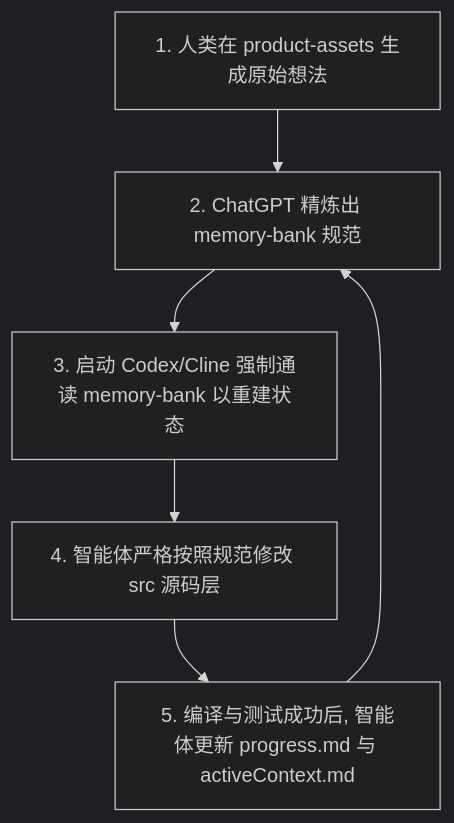
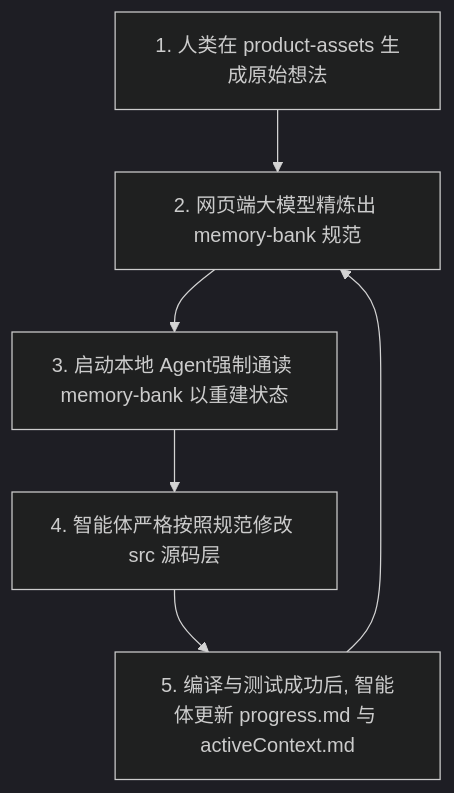
The diagram in README.md (soyona/spec-driven-solo), drawn with Mermaid (dark theme) before and after one commit. The commit also changed other lines of this file and 3 other files, not shown here.

````diff
--- a/README.md
+++ b/README.md
@@ -100,9 +102,9 @@
 ```mermaid
 graph TD
-    A[1. 人类在 product-assets 生成原始想法] --> B[2. ChatGPT 精炼出 memory-bank 规范]
-    B --> C[3. 启动 Codex/Cline 强制通读 memory-bank 以重建状态]
+    A[1. 人类在 product-assets 生成原始想法] --> B[2. 网页端大模型精炼出 memory-bank 规范]
+    B --> C[3. 启动本地 Agent强制通读 memory-bank 以重建状态]
     C --> D[4. 智能体严格按照规范修改 src 源码层]
     D --> E[5. 编译与测试成功后, 智能体更新 progress.md 与 activeContext.md]
     E --> B
 
 ```
````
